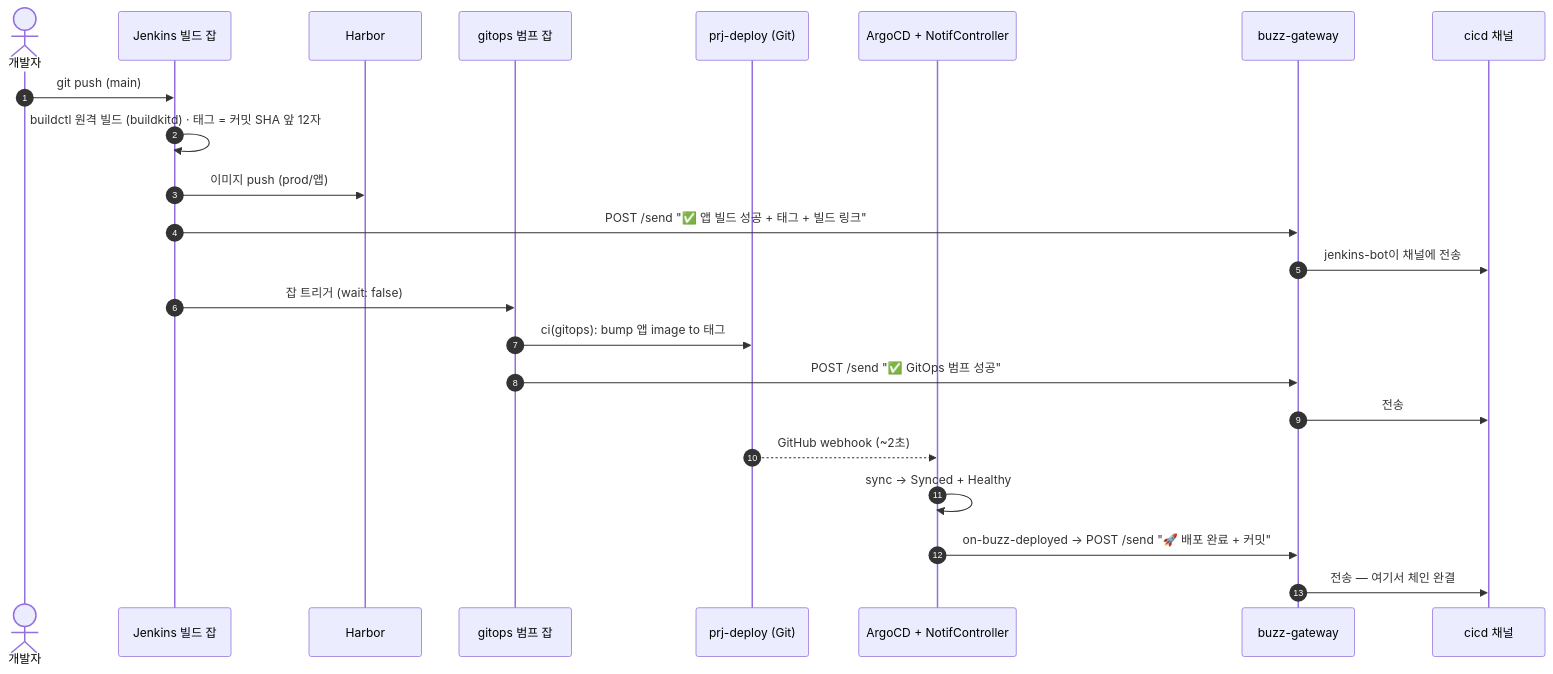
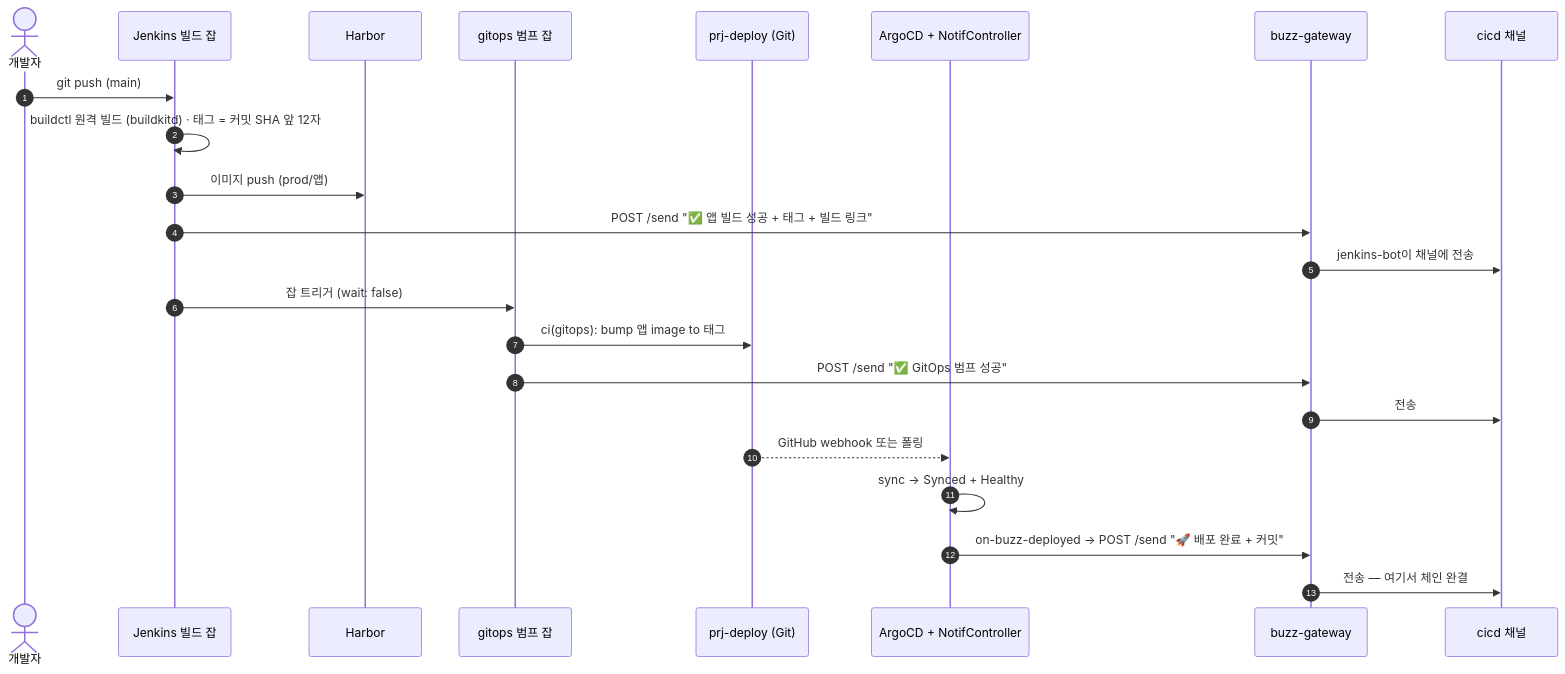
Before and after one commit to kimjoongwon/prj-devops: the second of 7 diagrams in docs/buzz-architecture-visual.md, drawn with Mermaid. The commit also changed other lines of this file and 12 other files, not shown here.

````diff
--- a/docs/buzz-architecture-visual.md
+++ b/docs/buzz-architecture-visual.md
@@ -66,26 +71,26 @@
 ```mermaid
 sequenceDiagram
     autonumber
     actor D as 개발자
     participant J as Jenkins 빌드 잡
     participant H as Harbor
     participant G as gitops 범프 잡
     participant R as prj-deploy (Git)
     participant A as ArgoCD + NotifController
     participant W as buzz-gateway
     participant C as cicd 채널
 
     D->>J: git push (main)
     J->>J: buildctl 원격 빌드 (buildkitd) · 태그 = 커밋 SHA 앞 12자
     J->>H: 이미지 push (prod/앱)
     J->>W: POST /send "✅ 앱 빌드 성공 + 태그 + 빌드 링크"
     W->>C: jenkins-bot이 채널에 전송
     J->>G: 잡 트리거 (wait: false)
     G->>R: ci(gitops): bump 앱 image to 태그
     G->>W: POST /send "✅ GitOps 범프 성공"
     W->>C: 전송
-    R-->>A: GitHub webhook (~2초)
+    R-->>A: GitHub webhook 또는 폴링
     A->>A: sync → Synced + Healthy
     A->>W: on-buzz-deployed → POST /send "🚀 배포 완료 + 커밋"
     W->>C: 전송 — 여기서 체인 완결
 ```
````
